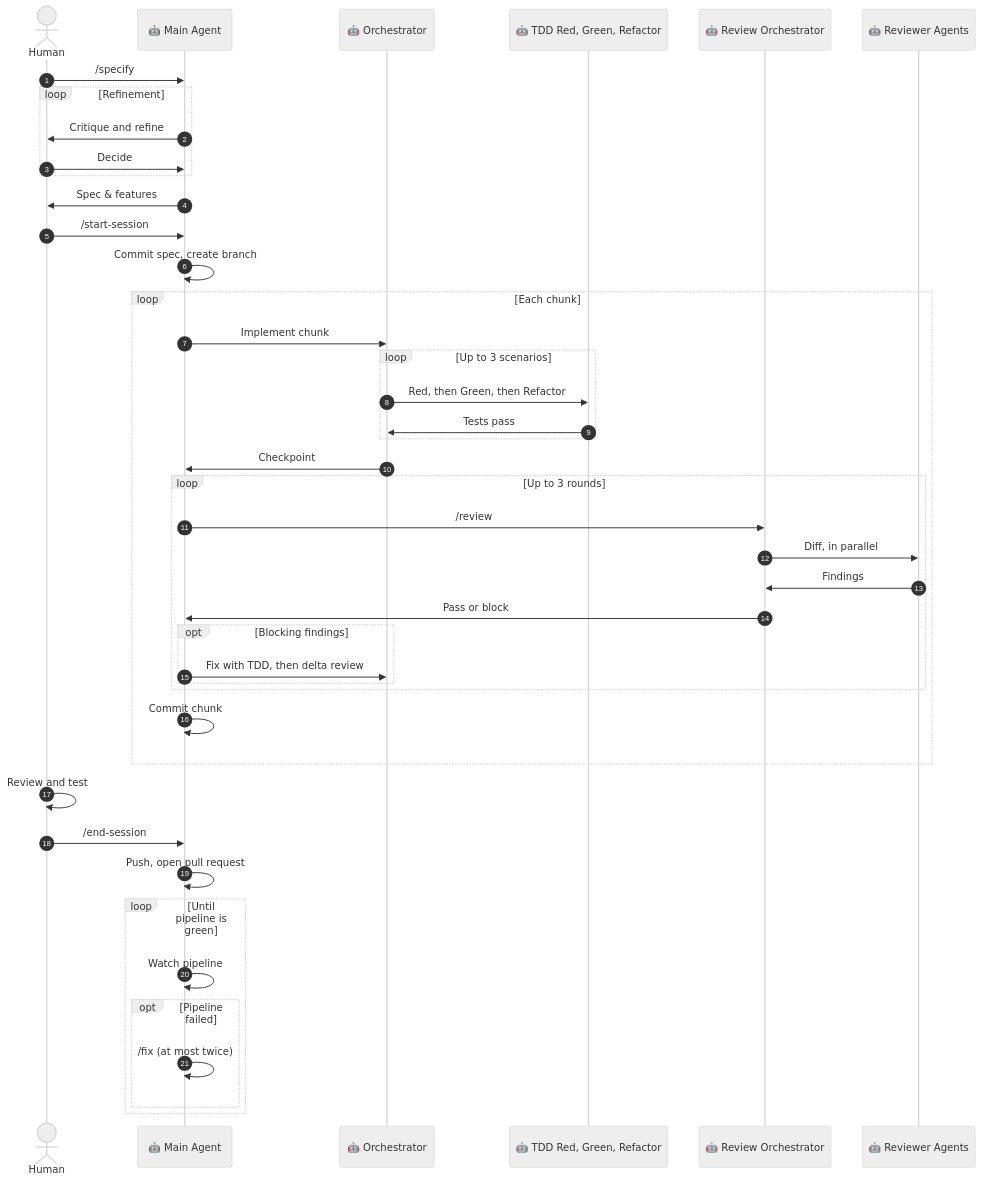
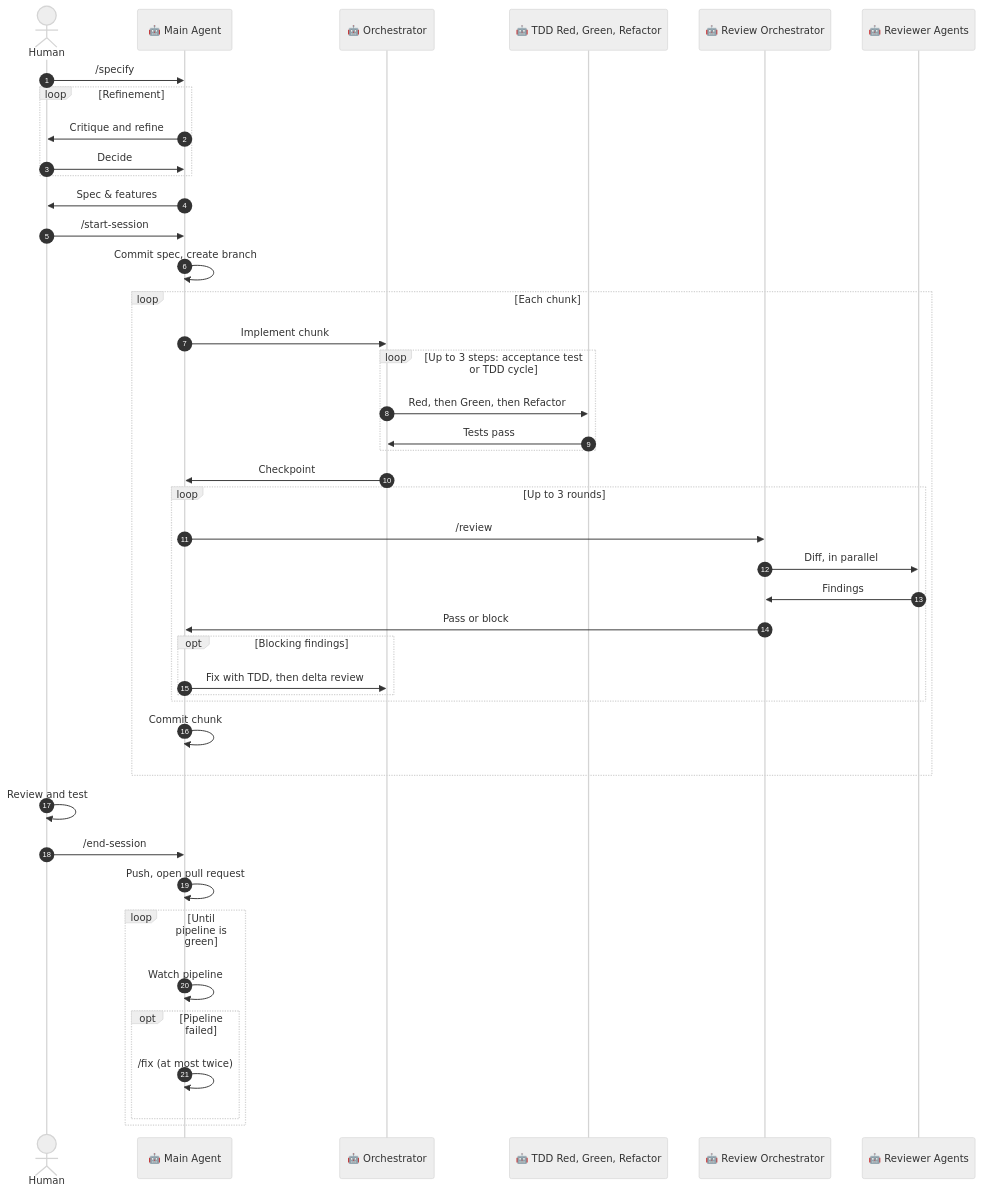
Before and after one commit to nikoheikkila/.agents: the diagram in README.md, drawn with Mermaid (neutral theme). The commit also changed other lines of this file and 12 other files, not shown here.

````diff
--- a/README.md
+++ b/README.md
@@ -77,51 +77,51 @@
 ```mermaid
 sequenceDiagram
   autonumber
   actor Human
   participant Main as 🤖 Main Agent
   participant Orchestrator as 🤖 Orchestrator
   participant TDD as 🤖 TDD Red, Green, Refactor
   participant Review as 🤖 Review Orchestrator
   participant Reviewers as 🤖 Reviewer Agents
 
   Human->>Main: /specify
   loop Refinement
     Main->>Human: Critique and refine
     Human->>Main: Decide
   end
   Main->>Human: Spec & features
 
   Human->>Main: /start-session
   Main->>Main: Commit spec, create branch
 
   loop Each chunk
     Main->>Orchestrator: Implement chunk
-    loop Up to 3 scenarios
+    loop Up to 3 steps: acceptance test or TDD cycle
       Orchestrator->>TDD: Red, then Green, then Refactor
       TDD->>Orchestrator: Tests pass
     end
     Orchestrator->>Main: Checkpoint
 
     loop Up to 3 rounds
       Main->>Review: /review
       Review->>Reviewers: Diff, in parallel
       Reviewers->>Review: Findings
       Review->>Main: Pass or block
       opt Blocking findings
         Main->>Orchestrator: Fix with TDD, then delta review
       end
     end
     Main->>Main: Commit chunk
   end
 
   Human->>Human: Review and test
   Human->>Main: /end-session
   Main->>Main: Push, open pull request
 
   loop Until pipeline is green
     Main->>Main: Watch pipeline
     opt Pipeline failed
       Main->>Main: /fix (at most twice)
     end
   end
 ```
````
